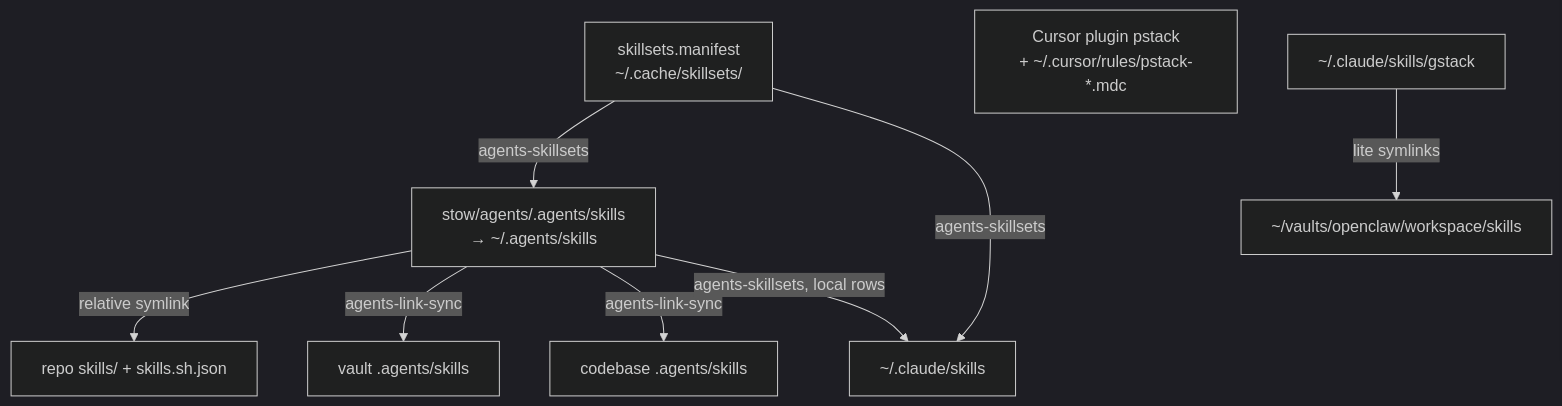
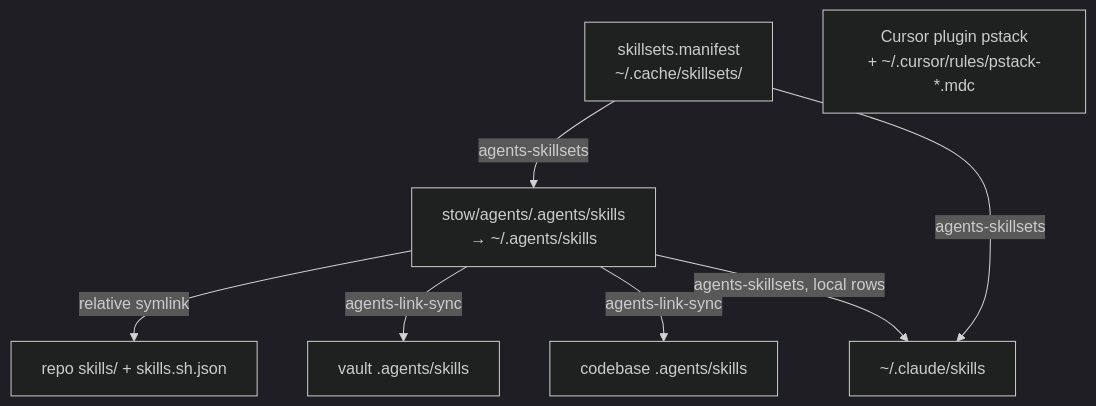
The diagram in stow/agents/REGISTRY.md (benoror/dotfiles), drawn with Mermaid (dark theme) before and after one commit. The commit also changed other lines of this file, not shown here.

Commit message:
docs(agents): drop gstack from REGISTRY (removed from all machines)

````diff
--- a/stow/agents/REGISTRY.md
+++ b/stow/agents/REGISTRY.md
@@ -20,14 +20,12 @@
 ```mermaid
 flowchart TB
   hub["stow/agents/.agents/skills\n→ ~/.agents/skills"]
   hub -->|relative symlink| publish["repo skills/ + skills.sh.json"]
   hub -->|agents-link-sync| vaults["vault .agents/skills"]
   hub -->|agents-link-sync| code["codebase .agents/skills"]
   sets["skillsets.manifest\n~/.cache/skillsets/<set>"]
   sets -->|agents-skillsets| hub
   sets -->|agents-skillsets| claude["~/.claude/skills"]
   hub -->|agents-skillsets, local rows| claude
   pstack["Cursor plugin pstack\n+ ~/.cursor/rules/pstack-*.mdc"]
-  gstack["~/.claude/skills/gstack"]
-  gstack -->|lite symlinks| oc["~/vaults/openclaw/workspace/skills"]
 ```
````
